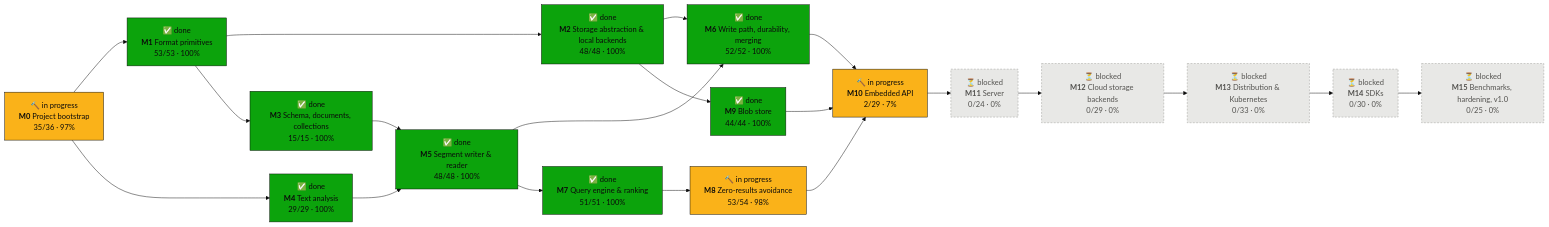
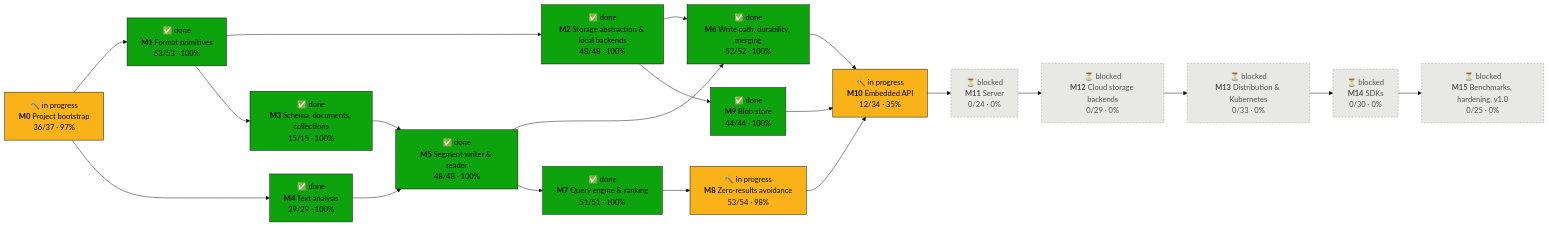
One commit to tomiok/persiaDB changed the first of 2 diagrams in PROGRESS.md. Above: the diagram before and after it, drawn with Mermaid (base theme). The commit also changed other lines of this file and 56 other files, not shown here.

First line of the commit message:
Embedded API: Db, OpenOptions, Collection, errors, maintenance thread (ROADMAP 10.1.x, 10.2.x, 0.6.11) — depends on #127 (#128)

````diff
--- a/PROGRESS.md
+++ b/PROGRESS.md
@@ -16,42 +16,42 @@
 ```mermaid
 flowchart LR
-  M0["🔨 in progress<br/><b>M0</b> Project bootstrap<br/>35/36 · 97%"]:::doing
+  M0["🔨 in progress<br/><b>M0</b> Project bootstrap<br/>36/37 · 97%"]:::doing
   M1["✅ done<br/><b>M1</b> Format primitives<br/>53/53 · 100%"]:::done
   M2["✅ done<br/><b>M2</b> Storage abstraction & local backends<br/>48/48 · 100%"]:::done
   M3["✅ done<br/><b>M3</b> Schema, documents, collections<br/>15/15 · 100%"]:::done
   M4["✅ done<br/><b>M4</b> Text analysis<br/>29/29 · 100%"]:::done
   M5["✅ done<br/><b>M5</b> Segment writer & reader<br/>48/48 · 100%"]:::done
   M6["✅ done<br/><b>M6</b> Write path, durability, merging<br/>52/52 · 100%"]:::done
   M7["✅ done<br/><b>M7</b> Query engine & ranking<br/>51/51 · 100%"]:::done
   M8["🔨 in progress<br/><b>M8</b> Zero-results avoidance<br/>53/54 · 98%"]:::doing
   M9["✅ done<br/><b>M9</b> Blob store<br/>44/44 · 100%"]:::done
-  M10["🔨 in progress<br/><b>M10</b> Embedded API<br/>2/29 · 7%"]:::doing
+  M10["🔨 in progress<br/><b>M10</b> Embedded API<br/>12/34 · 35%"]:::doing
   M11["⏳ blocked<br/><b>M11</b> Server<br/>0/24 · 0%"]:::blocked
   M12["⏳ blocked<br/><b>M12</b> Cloud storage backends<br/>0/29 · 0%"]:::blocked
   M13["⏳ blocked<br/><b>M13</b> Distribution & Kubernetes<br/>0/33 · 0%"]:::blocked
   M14["⏳ blocked<br/><b>M14</b> SDKs<br/>0/30 · 0%"]:::blocked
   M15["⏳ blocked<br/><b>M15</b> Benchmarks, hardening, v1.0<br/>0/25 · 0%"]:::blocked
   M0 --> M1
   M1 --> M2
   M1 --> M3
   M0 --> M4
   M3 --> M5
   M4 --> M5
   M2 --> M6
   M5 --> M6
   M5 --> M7
   M7 --> M8
   M2 --> M9
   M6 --> M10
   M8 --> M10
   M9 --> M10
   M10 --> M11
   M11 --> M12
   M12 --> M13
   M13 --> M14
   M14 --> M15
   classDef done fill:#0ca30c,stroke:#0b0b0b,color:#0b0b0b
   classDef doing fill:#fab219,stroke:#0b0b0b,color:#0b0b0b
   classDef ready fill:#fcfcfb,stroke:#0b0b0b,stroke-width:2px,color:#0b0b0b
   classDef blocked fill:#e8e8e6,stroke:#9a9a96,stroke-dasharray:4 3,color:#52514e
 ```
````
